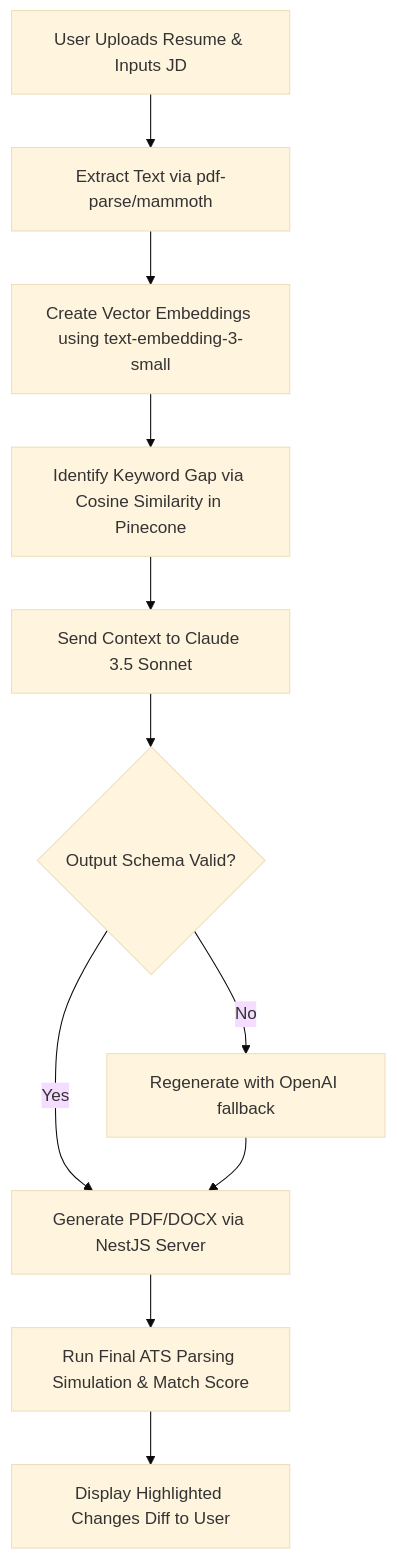
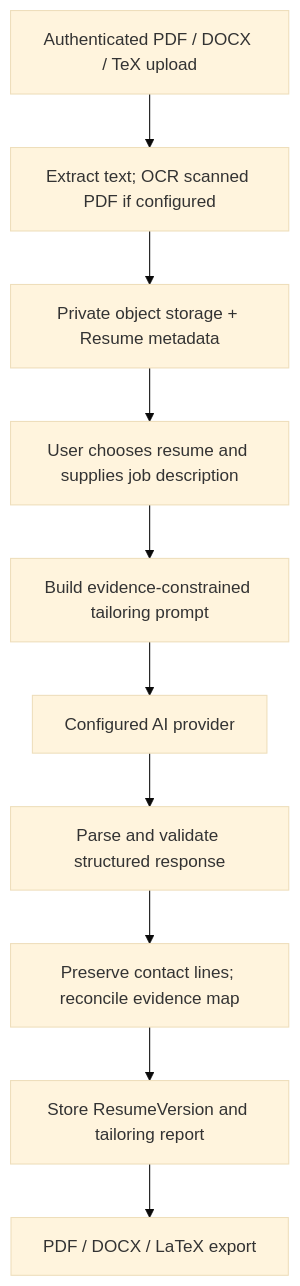
One commit to Pankajpilania/JobIN changed the diagram in docs/07_ai_workflow_design.md. Above: the diagram before and after it, drawn with Mermaid (base theme). The commit also changed other lines of this file and 22 other files, not shown here.

````diff
--- a/docs/07_ai_workflow_design.md
+++ b/docs/07_ai_workflow_design.md
@@ -11,13 +15,12 @@
 ```mermaid
 flowchart TD
-    A[User Uploads Resume & Inputs JD] --> B[Extract Text via pdf-parse/mammoth]
-    B --> C[Create Vector Embeddings using text-embedding-3-small]
-    C --> D[Identify Keyword Gap via Cosine Similarity in Pinecone]
-    D --> E[Send Context to Claude 3.5 Sonnet]
-    E --> F{Output Schema Valid?}
-    F -->|No| G[Regenerate with OpenAI fallback]
-    F -->|Yes| H[Generate PDF/DOCX via NestJS Server]
-    H --> I[Run Final ATS Parsing Simulation & Match Score]
-    I --> J[Display Highlighted Changes Diff to User]
-    G --> H
+  Upload[Authenticated PDF / DOCX / TeX upload] --> Extract[Extract text; OCR scanned PDF if configured]
+  Extract --> Store[Private object storage + Resume metadata]
+  Store --> User[User chooses resume and supplies job description]
+  User --> Prompt[Build evidence-constrained tailoring prompt]
+  Prompt --> Provider[Configured AI provider]
+  Provider --> Parse[Parse and validate structured response]
+  Parse --> Check[Preserve contact lines; reconcile evidence map]
+  Check --> Version[Store ResumeVersion and tailoring report]
+  Version --> Export[PDF / DOCX / LaTeX export]
 ```
````
